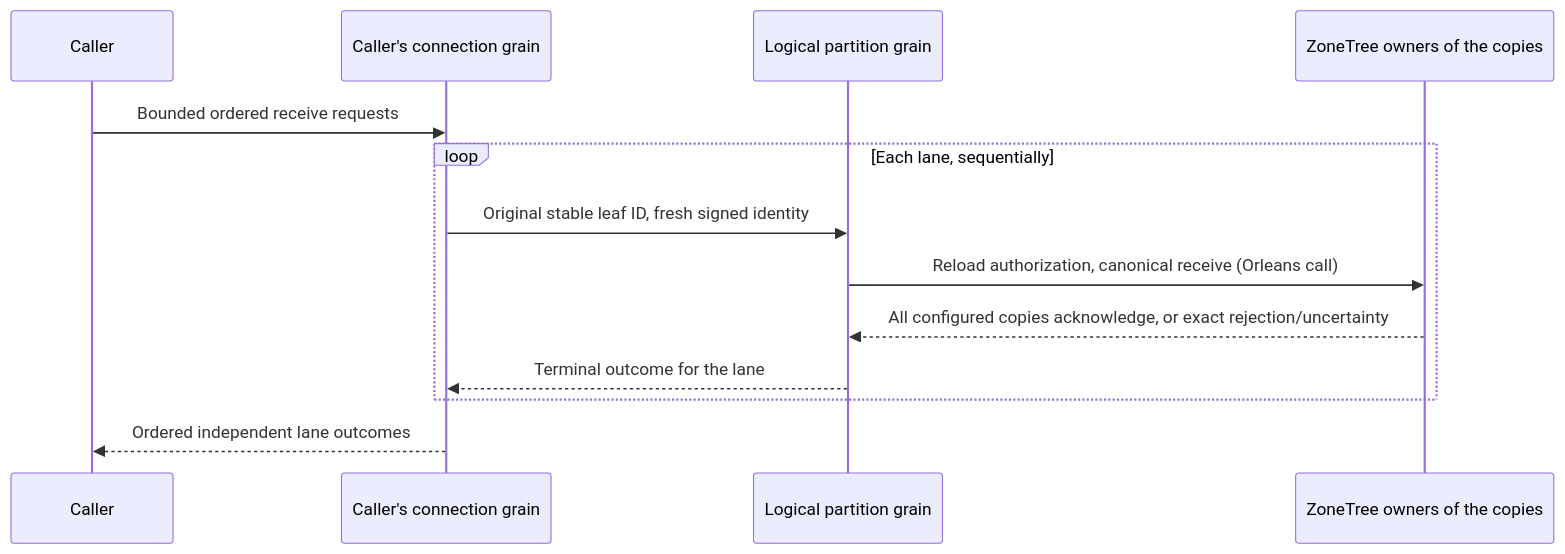
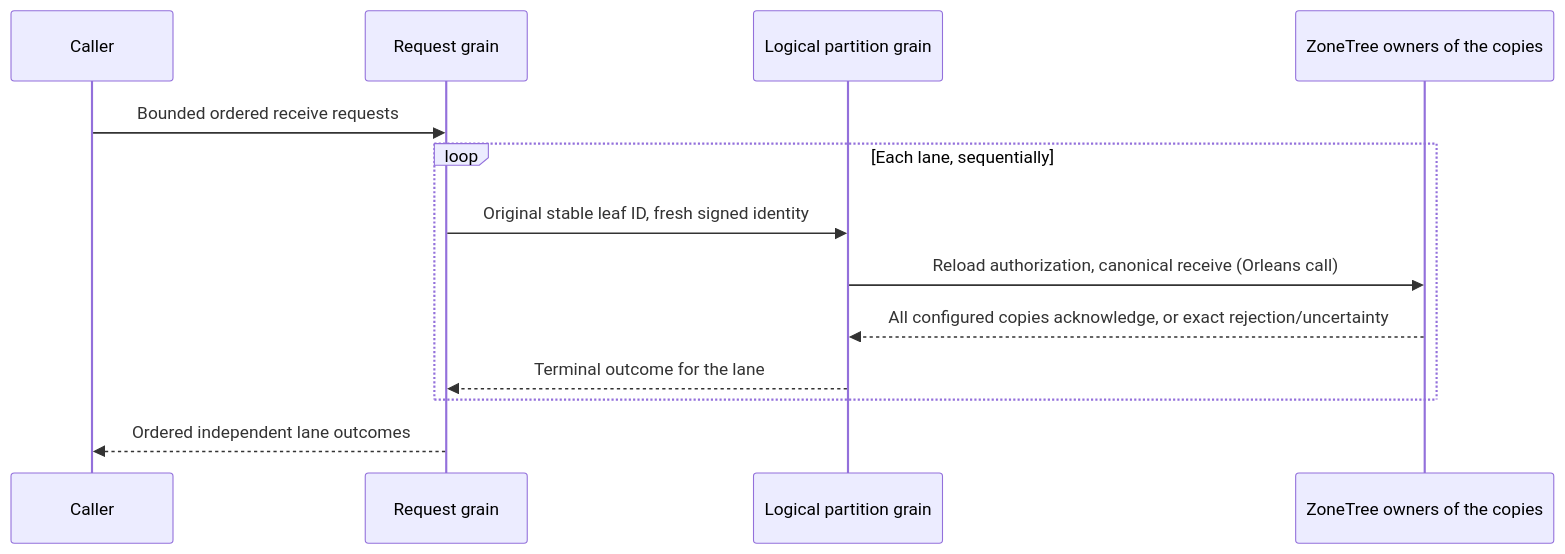
The second of 4 diagrams in docs/Features/Messaging.md (managedcode/KeyLoad), drawn with Mermaid before and after one commit. The commit also changed other lines of this file and 27 other files, not shown here.

````diff
--- a/docs/Features/Messaging.md
+++ b/docs/Features/Messaging.md
@@ -98,15 +98,15 @@
 ```mermaid
 sequenceDiagram
     participant Caller
-    participant C as Caller's connection grain
+    participant C as Request grain
     participant P as Logical partition grain
     participant Z as ZoneTree owners of the copies
     Caller->>C: Bounded ordered receive requests
     loop Each lane, sequentially
         C->>P: Original stable leaf ID, fresh signed identity
         P->>Z: Reload authorization, canonical receive (Orleans call)
         Z-->>P: All configured copies acknowledge, or exact rejection/uncertainty
         P-->>C: Terminal outcome for the lane
     end
     C-->>Caller: Ordered independent lane outcomes
 ```
````
